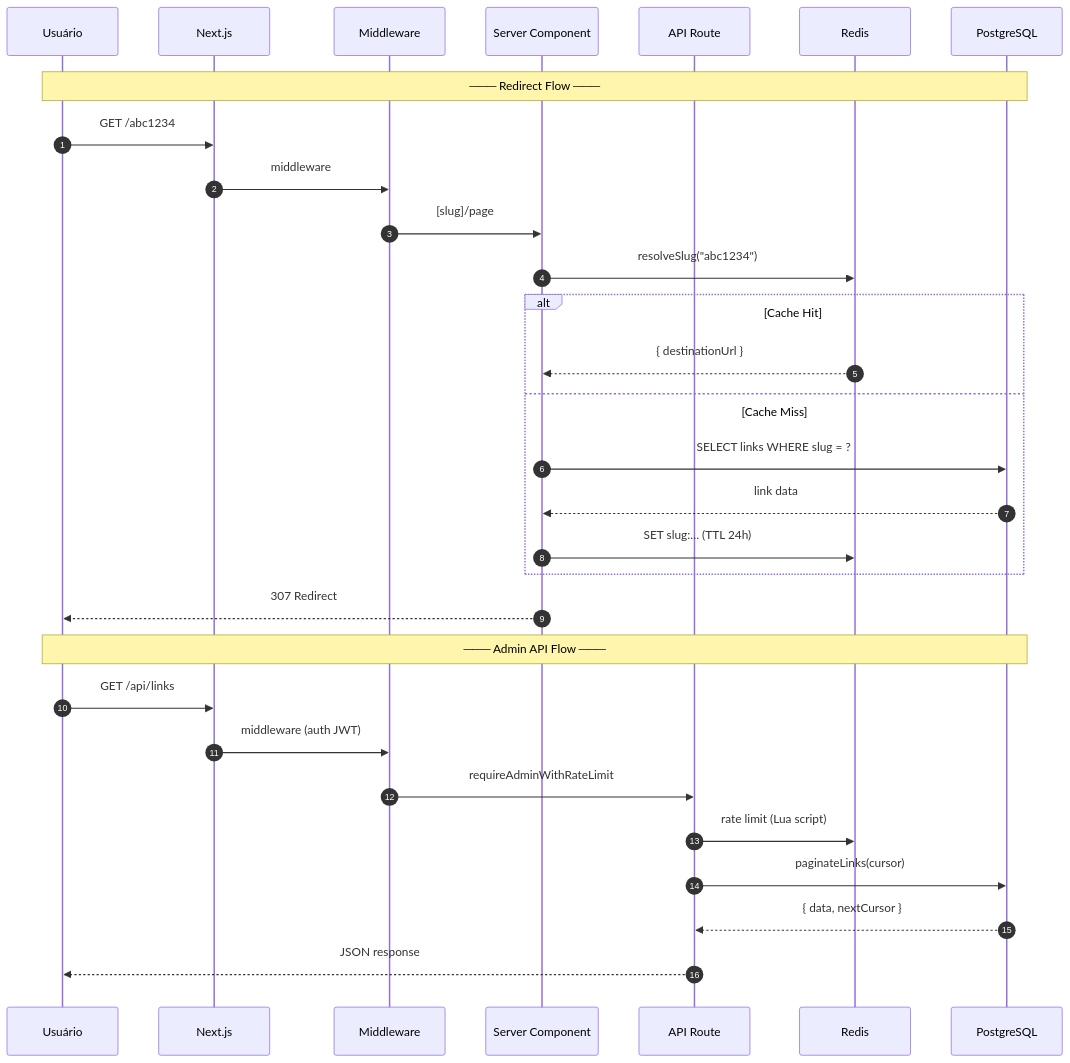
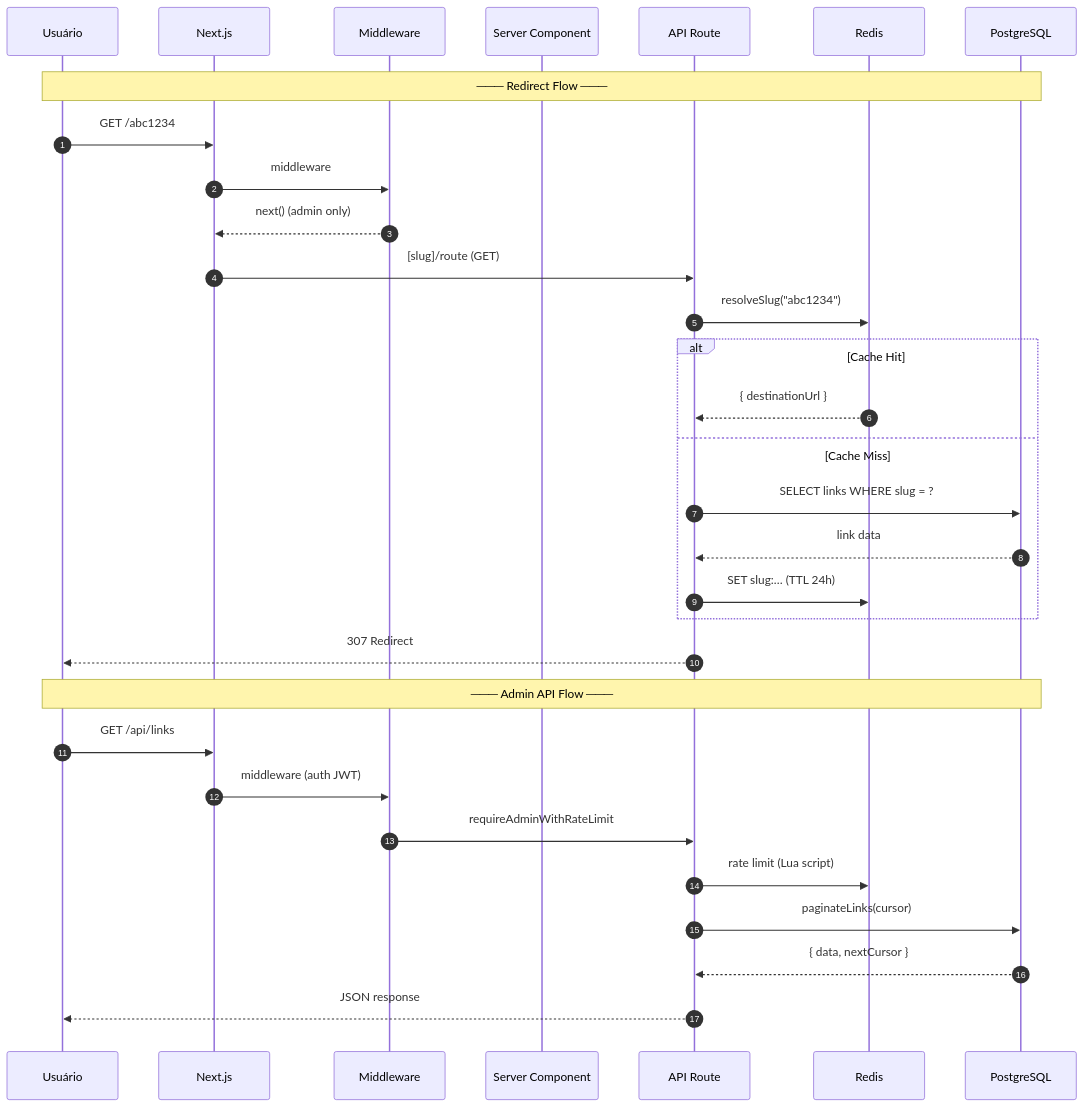
One commit to eduardoaugustolb/encurtador-url changed the second of 2 diagrams in docs/arquitetura.md. Above: the diagram before and after it, drawn with Mermaid. The commit also changed other lines of this file and 6 other files, not shown here.

Commit message:
fix: converte [slug] de Server Component p/ Route Handler (evita re-render) (#9)

````diff
--- a/docs/arquitetura.md
+++ b/docs/arquitetura.md
@@ -72,38 +72,39 @@
 ```mermaid
 %%{init: {'sequence': {'actorMargin': 55, 'boxMargin': 22}}}%%
 sequenceDiagram
     autonumber
     participant U as Usuário
     participant N as Next.js
     participant MW as Middleware
     participant SC as Server Component
     participant API as API Route
     participant R as Redis
     participant P as PostgreSQL
 
     Note over U,P: ─── Redirect Flow ───
     U->>N: GET /abc1234
     N->>MW: middleware
-    MW->>SC: [slug]/page
+    MW-->>N: next() (admin only)
+    N->>API: [slug]/route (GET)
 
-    SC->>R: resolveSlug("abc1234")
+    API->>R: resolveSlug("abc1234")
     alt Cache Hit
-        R-->>SC: { destinationUrl }
+        R-->>API: { destinationUrl }
     else Cache Miss
-        SC->>P: SELECT links WHERE slug = ?
-        P-->>SC: link data
-        SC->>R: SET slug:… (TTL 24h)
+        API->>P: SELECT links WHERE slug = ?
+        P-->>API: link data
+        API->>R: SET slug:… (TTL 24h)
     end
 
-    SC-->>U: 307 Redirect
+    API-->>U: 307 Redirect
 
     Note over U,P: ─── Admin API Flow ───
     U->>N: GET /api/links
     N->>MW: middleware (auth JWT)
     MW->>API: requireAdminWithRateLimit
 
     API->>R: rate limit (Lua script)
     API->>P: paginateLinks(cursor)
     P-->>API: { data, nextCursor }
     API-->>U: JSON response
 ```
````
